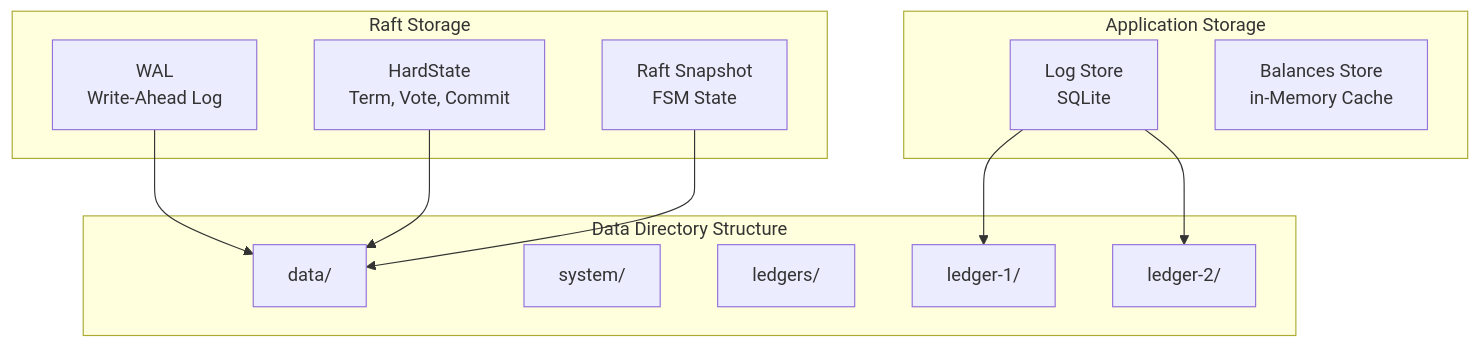
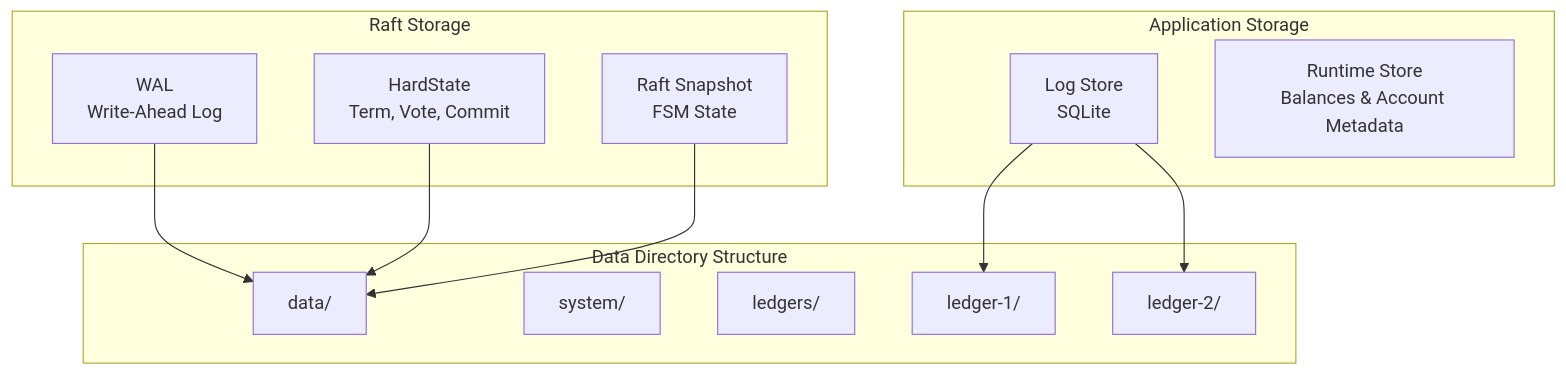
Before and after one commit to formancehq/ledger: the diagram in docs/storage.md, drawn with Mermaid. The commit also changed other lines of this file and 5 other files, not shown here.

````diff
--- a/docs/storage.md
+++ b/docs/storage.md
@@ -14,27 +14,27 @@
 ```mermaid
 graph TB
     subgraph "Raft Storage"
         WAL[WAL<br/>Write-Ahead Log]
         HardState[HardState<br/>Term, Vote, Commit]
         Snapshot[Raft Snapshot<br/>FSM State]
     end
     
     subgraph "Application Storage"
         logstore[Log Store<br/>SQLite]
-        BalancesStore[Balances Store<br/>in-Memory Cache]
+        RuntimeStore[Runtime Store<br/>Balances & Account Metadata]
     end
     
     subgraph "Data Directory Structure"
         DataDir[data/]
         SystemDir[system/]
         ledgerDir[ledgers/]
         ledger1[ledger-1/]
         ledger2[ledger-2/]
     end
     
     WAL --> DataDir
     HardState --> DataDir
     Snapshot --> DataDir
     logstore --> ledger1
     logstore --> ledger2
 ```
````
